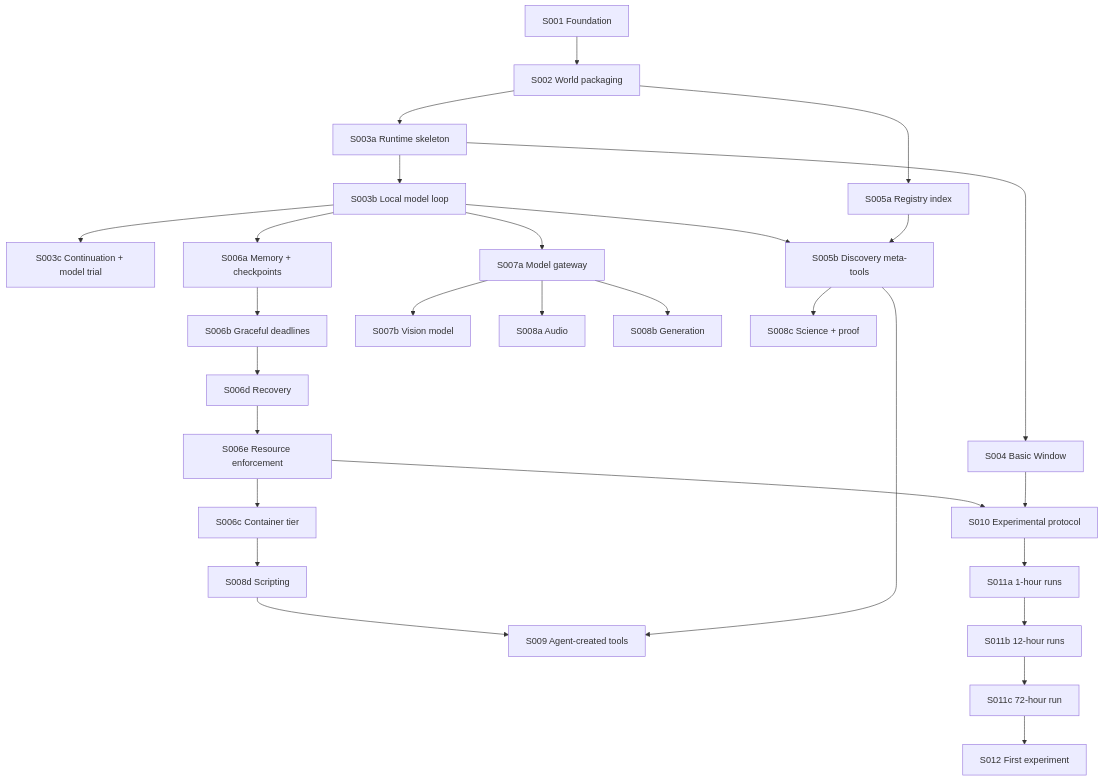
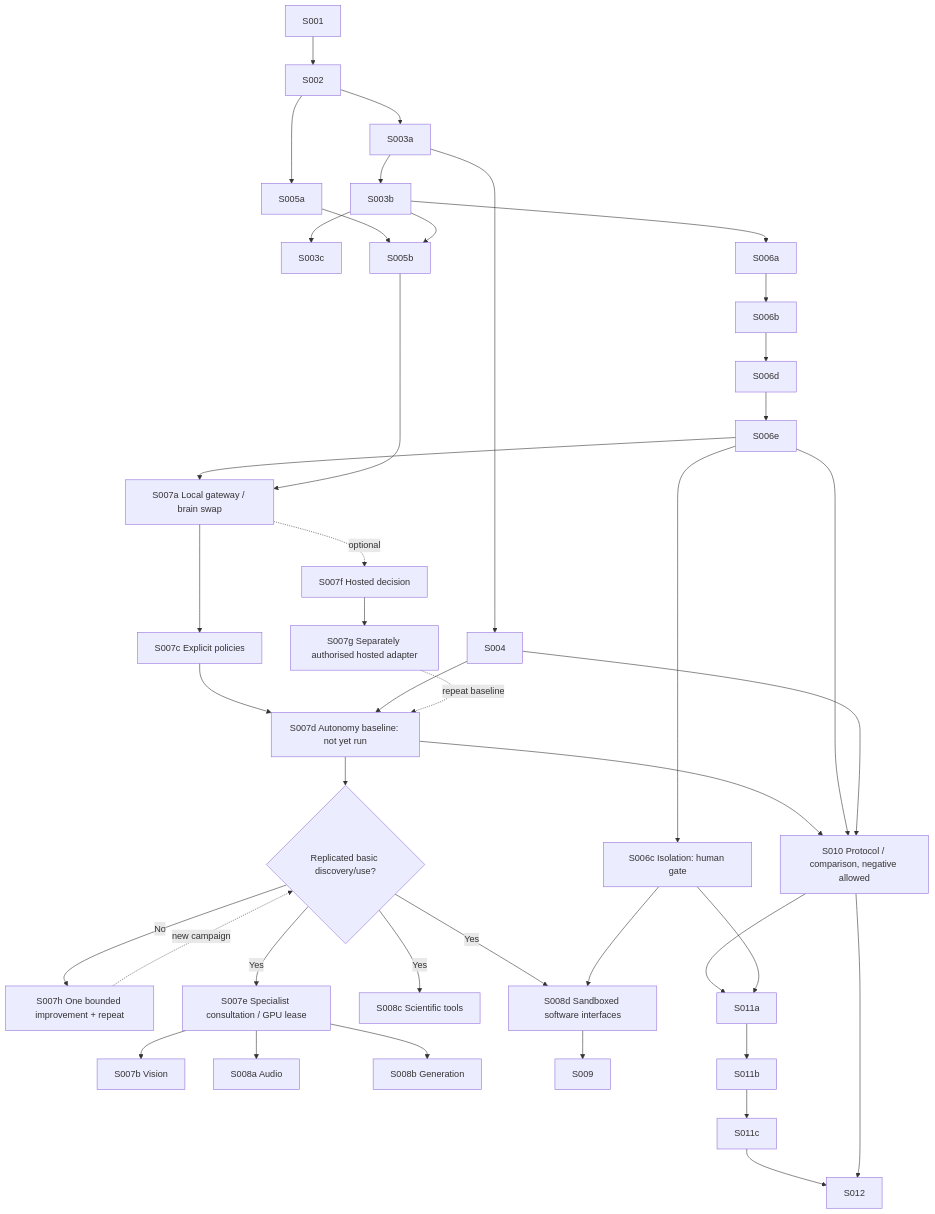
One commit to jfairfaxball-348/open-lab-builder changed the diagram in docs/roadmap/ROADMAP.md. Above: the diagram before and after it, drawn with Mermaid. The commit also changed other lines of this file and 9 other files, not shown here.

Commit message:
S013: align autonomy baseline and experimental readiness roadmap

````diff
--- a/docs/roadmap/ROADMAP.md
+++ b/docs/roadmap/ROADMAP.md
@@ -19,30 +42,33 @@
 ```mermaid
 flowchart TD
-    S001["S001 Foundation"] --> S002["S002 World packaging"]
-    S002 --> S003a["S003a Runtime skeleton"]
-    S003a --> S003b["S003b Local model loop"]
-    S003a --> S004["S004 Basic Window"]
-    S003b --> S003c["S003c Continuation + model trial"]
-    S002 --> S005a["S005a Registry index"]
-    S003b --> S005b["S005b Discovery meta-tools"]
-    S005a --> S005b
-    S003b --> S006a["S006a Memory + checkpoints"]
-    S006a --> S006b["S006b Graceful deadlines"]
-    S006b --> S006d["S006d Recovery"]
-    S006d --> S006e["S006e Resource enforcement"]
-    S006e --> S006c["S006c Container tier"]
-    S003b --> S007a["S007a Model gateway"]
-    S007a --> S007b["S007b Vision model"]
-    S007a --> S008a["S008a Audio"]
-    S007a --> S008b["S008b Generation"]
-    S005b --> S008c["S008c Science + proof"]
-    S006c --> S008d["S008d Scripting"]
-    S008d --> S009["S009 Agent-created tools"]
-    S005b --> S009
-    S006e --> S010["S010 Experimental protocol"]
+    S001 --> S002 --> S003a --> S003b --> S003c
+    S003a --> S004
+    S002 --> S005a --> S005b
+    S003b --> S005b
+    S003b --> S006a --> S006b --> S006d --> S006e
+    S006e --> S006c["S006c Isolation: human gate"]
+    S006e --> S007a["S007a Local gateway / brain swap"]
+    S005b --> S007a
+    S007a --> S007c["S007c Explicit policies"]
+    S007c --> S007d["S007d Autonomy baseline: not yet run"]
+    S004 --> S007d
+    S007d --> Gate{"Replicated basic discovery/use?"}
+    Gate -->|No| S007h["S007h One bounded improvement + repeat"]
+    S007h -. new campaign .-> Gate
+    Gate -->|Yes| S007e["S007e Specialist consultation / GPU lease"]
+    S007e --> S007b["S007b Vision"]
+    S007e --> S008a["S008a Audio"]
+    S007e --> S008b["S008b Generation"]
+    Gate -->|Yes| S008c["S008c Scientific tools"]
+    Gate -->|Yes| S008d["S008d Sandboxed software interfaces"]
+    S006c --> S008d --> S009
+    S007a -. optional .-> S007f["S007f Hosted decision"]
+    S007f --> S007g["S007g Separately authorised hosted adapter"]
+    S007g -. repeat baseline .-> S007d
+    S007d --> S010["S010 Protocol / comparison, negative allowed"]
+    S006e --> S010
     S004 --> S010
-    S010 --> S011a["S011a 1-hour runs"]
-    S011a --> S011b["S011b 12-hour runs"]
-    S011b --> S011c["S011c 72-hour run"]
-    S011c --> S012["S012 First experiment"]
+    S010 --> S011a --> S011b --> S011c --> S012
+    S006c --> S011a
+    S010 --> S012
 ```
````
